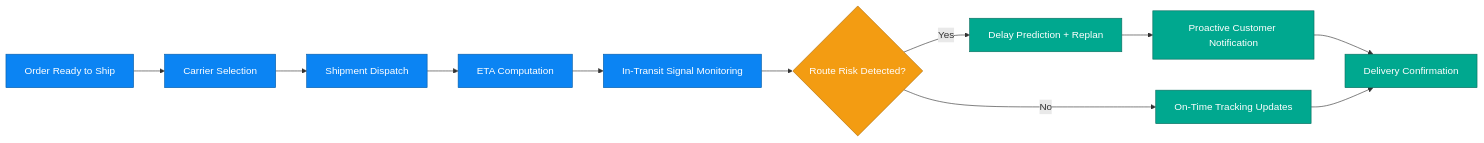
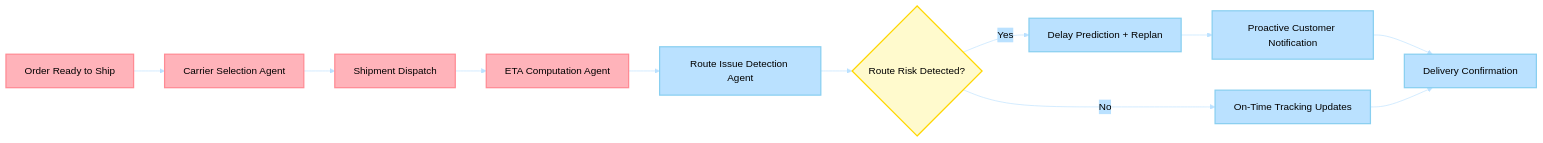
Before and after one commit to Azure-Samples/holiday-peak-hub: the diagram in docs/business_scenarios/05-shipment-delivery-tracking/README.md, drawn with Mermaid. The commit also changed other lines of this file and 112 other files, not shown here.

````diff
--- a/docs/business_scenarios/05-shipment-delivery-tracking/README.md
+++ b/docs/business_scenarios/05-shipment-delivery-tracking/README.md
@@ -27,21 +40,29 @@
 ```mermaid
+%%{init: {'theme':'base', 'themeVariables': {
+  'primaryColor':'#FFB3BA',
+  'primaryTextColor':'#000',
+  'primaryBorderColor':'#FF8B94',
+  'lineColor':'#BAE1FF',
+  'secondaryColor':'#BAE1FF',
+  'tertiaryColor':'#FFFFFF'
+}}}%%
 flowchart LR
-   A[Order Ready to Ship] --> B[Carrier Selection]
+   A[Order Ready to Ship] --> B[Carrier Selection Agent]
    B --> C[Shipment Dispatch]
-   C --> D[ETA Computation]
-   D --> E[In-Transit Signal Monitoring]
+   C --> D[ETA Computation Agent]
+   D --> E[Route Issue Detection Agent]
    E --> F{Route Risk Detected?}
    F -->|Yes| G[Delay Prediction + Replan]
    G --> H[Proactive Customer Notification]
    F -->|No| I[On-Time Tracking Updates]
    H --> J[Delivery Confirmation]
    I --> J
 
-   classDef a fill:#0B84F3,color:#fff,stroke:#085ea8
-   classDef b fill:#00A88F,color:#fff,stroke:#0b6e5f
-   classDef c fill:#F39C12,color:#fff,stroke:#af6f0c
-   classDef d fill:#8E44AD,color:#fff,stroke:#5b2a70
-   class A,B,C,D,E a
-   class G,H,I,J b
-   class F c
+   classDef primary fill:#FFB3BA,stroke:#FF8B94,stroke-width:2px,color:#000
+   classDef secondary fill:#BAE1FF,stroke:#89CFF0,stroke-width:2px,color:#000
+   classDef alert fill:#FFFACD,stroke:#FFD700,stroke-width:2px,color:#000
+
+   class A,B,C,D primary
+   class E,G,H,I,J secondary
+   class F alert
 ```
````
